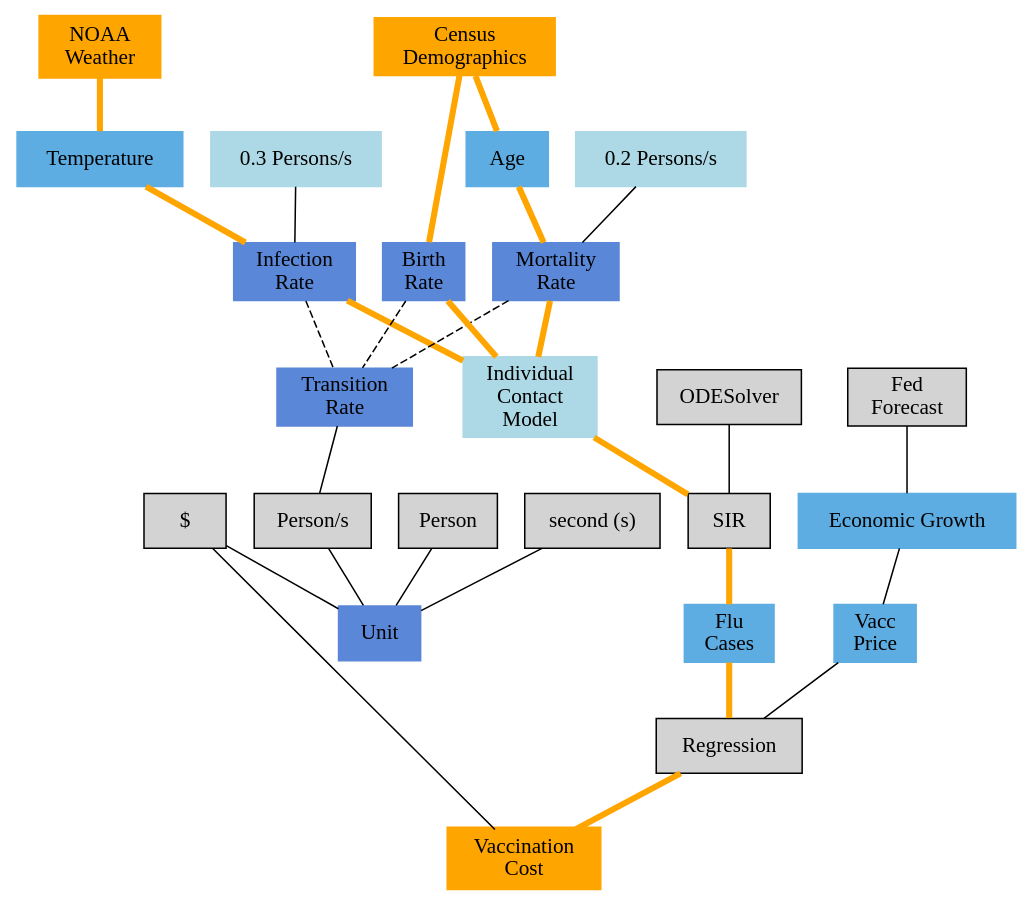
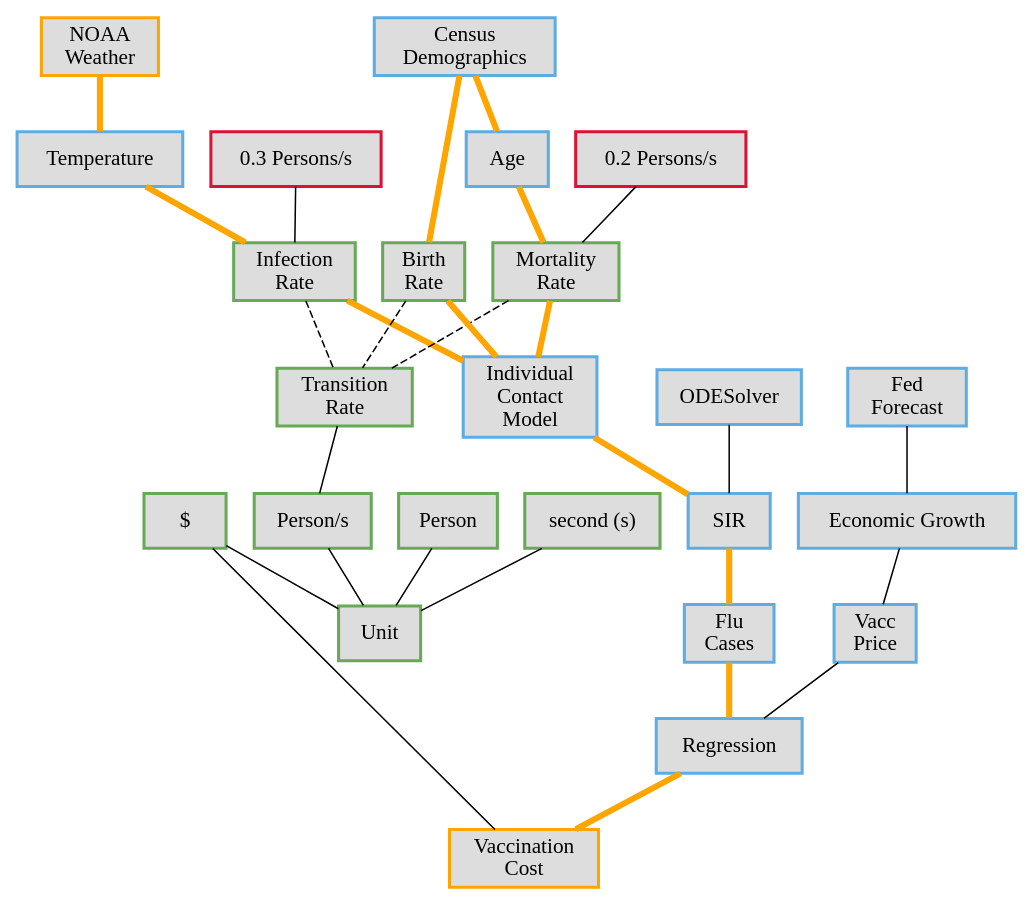
Before and after one commit to jpfairbanks/SemanticModels.jl: the diagram in doc/src/img/knowledge_reasoning_flow.dot, drawn with Graphviz. The commit also changed 6 other files, not shown here.

```diff
--- a/doc/src/img/knowledge_reasoning_flow.dot
+++ b/doc/src/img/knowledge_reasoning_flow.dot
@@ -1,73 +1,74 @@
 digraph G {
   splines=false
   #fontsize=10
   #edge[weight=.2]
   #ratio=0.25
   #scale="10:1"
   #size=5,2
   pack="true"
   #rankdir="LR"
   edge [dir="none"]
-  node [shape="record", style="filled"]
+  node [shape="record", style="filled", fillcolor="#dddddd",penwidth=2.0]
   ind -> epi [color=orange,penwidth=4.0]
   inf-> ind [color=orange,penwidth=4.0]
   thirty -> inf
   twenty -> mort
   mort -> ind [color=orange,penwidth=4.0]
   mort -> rate [style="dashed"]
   inf -> rate [style="dashed"]
   birth -> rate [style="dashed"]
   birth -> ind [color=orange,penwidth=4.0]
 
   rate -> personper
   person   -> unit
   personper-> unit
   second   -> unit
   dollars -> unit
 
-  fed     [label="Fed\nForecast"]
-  demo    [label="Census\nDemographics",color=orange]
-  weather [label="NOAA\nWeather", color=orange,penwidth=4.0]
-  cost    [label="Vaccination\nCost", color=orange,penwidth=4.0]
+  weather [label="NOAA\nWeather", color="orange"]
+  cost    [label="Vaccination\nCost", color="orange"]
+
+  node [color="#5DADE2"]
+  fed  [label="Fed\nForecast"]
+  demo [label="Census\nDemographics"]
+  epi  [label="SIR", color="#5DADE2"]
+  ode  [label="ODESolver"]
 
 
-  epi [label="SIR", pos="1,1"]
-  ode [label="ODESolver"]
+  rate [label="{Transition\nRate}", color="#66AA55"]
+  unit [label="Unit", color="#66AA55"]
+  personper [label="Person/s", color="#66AA55"]
+  person [label="Person", color="#66AA55"]
+  second [label="second (s)", color="#66AA55"]
+  dollars [label="$", color="#66AA55"]
 
-  rate [label="{Transition\nRate}", color="#5a87d7"]
-  unit [label="Unit", color="#5a87d7"]
-  personper [label="Person/s", color=""]
-  person [label="Person", color=""]
-  second [label="second (s)", color=""]
-  inf [label="Infection\nRate", color="#5a87d7"]
-  mort [label="Mortality\nRate", color="#5a87d7"]
-  node [color="lightblue"]
-  ind [label="Individual\nContact\nModel",color="lightblue", pos="0,1"]
-  birth [label="Birth\nRate",color="#5a87d7"]
-  twenty [label="0.2 Persons/s", color="lightblue"]
-  thirty [label="0.3 Persons/s", color="lightblue"]
+  inf [label="Infection\nRate", color="#66AA55"]
+  mort [label="Mortality\nRate", color="#66AA55"]
+  birth [label="Birth\nRate",color="#66AA55"]
+  twenty [label="0.2 Persons/s", color="#DD1133"]
+  thirty [label="0.3 Persons/s", color="#DD1133"]
 
+  ind [label="Individual\nContact\nModel",color="#5DADE2", pos="0,1"]
   temp [label="Temperature", color="#5DADE2"]
   age  [label="Age", color="#5DADE2"]
   dGDP [label="Economic Growth", color="#5DADE2"]
   cases [label="Flu\nCases", color="#5DADE2"]
   prices [label="Vacc\nPrice", color="#5DADE2"]
-  dollars [label="$"]
 
   temp -> inf [color=orange,penwidth=4.0]
   age -> mort [color=orange,penwidth=4.0]
   demo -> birth [color=orange,penwidth=4.0]
   dGDP -> prices
   epi -> cases  [color=orange,penwidth=4.0]
   prices -> regres
   cases  -> regres [color=orange,penwidth=4.0]
 
   weather -> temp [color=orange,penwidth=4.0]
   demo-> age [color=orange,penwidth=4.0]
   fed -> dGDP
 
   ode -> epi
   regres -> cost [color=orange,penwidth=4.0]
   dollars -> cost
-  regres [label="Regression",color=""]
+  regres [label="Regression"]
 }
```
